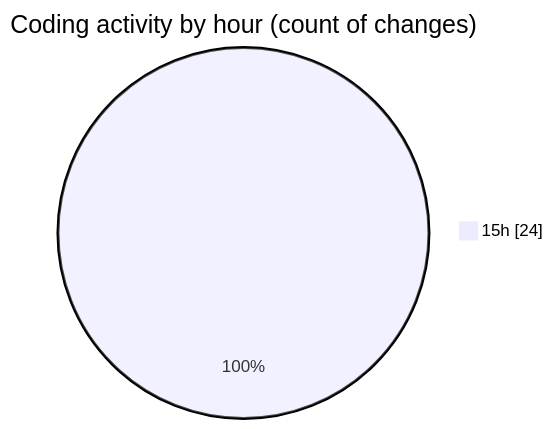
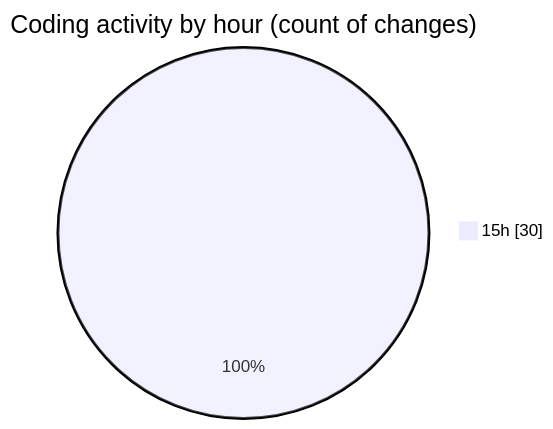
The second of 2 diagrams in 2025-04-07/sungpt/README.md (Elitesun/code-tracking), drawn with Mermaid before and after one commit. The commit also changed other lines of this file and 1 other file, not shown here.

````diff
--- a/2025-04-07/sungpt/README.md
+++ b/2025-04-07/sungpt/README.md
@@ -35,5 +36,5 @@
 ```mermaid
 pie showData
 title Coding activity by hour (count of changes)
-"15h" : 24
+"15h" : 30
 ```
````
